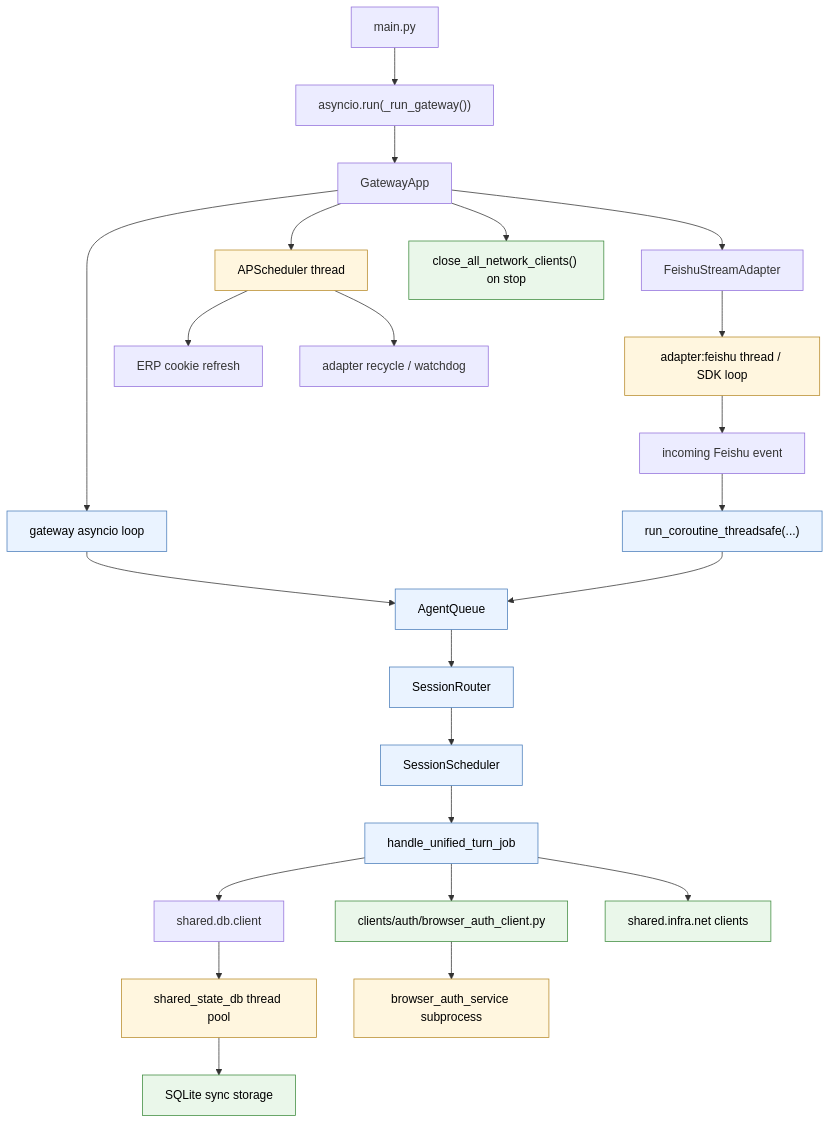
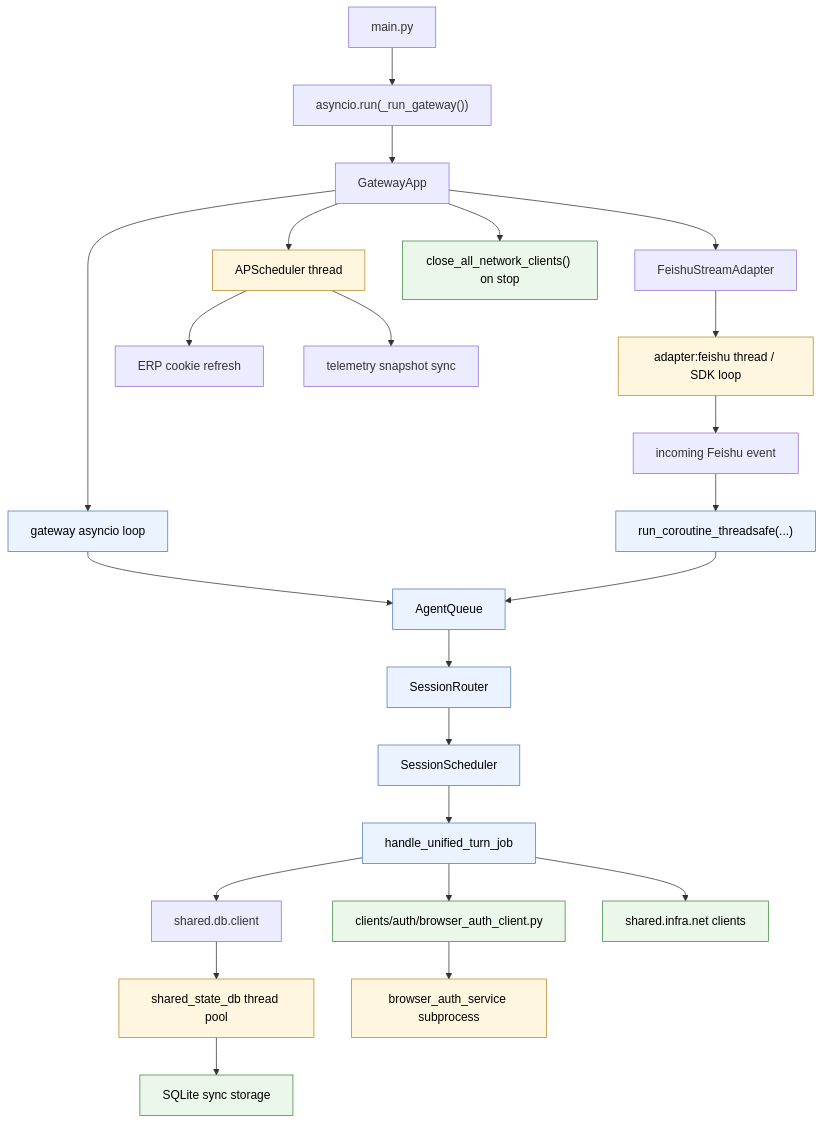
The diagram in docs/eventloop.md (LXE123/LXE_AGENT), drawn with Mermaid before and after one commit. The commit also changed other lines of this file and 4 other files, not shown here.

First line of the commit message:
refactor(gateway): remove adapter recycle watchdog jobs

````diff
--- a/docs/eventloop.md
+++ b/docs/eventloop.md
@@ -16,39 +16,39 @@
 ```mermaid
 flowchart TD
     A["main.py"] --> B["asyncio.run(_run_gateway())"]
     B --> C["GatewayApp"]
     C --> D["gateway asyncio loop"]
 
     D --> E["AgentQueue"]
     E --> F["SessionRouter"]
     F --> G["SessionScheduler"]
     G --> H["handle_unified_turn_job"]
 
     C --> I["FeishuStreamAdapter"]
     I --> J["adapter:feishu thread / SDK loop"]
     J --> K["incoming Feishu event"]
     K --> L["run_coroutine_threadsafe(...)"]
     L --> E
 
     C --> M["APScheduler thread"]
     M --> N["ERP cookie refresh"]
-    M --> O["adapter recycle / watchdog"]
+    M --> O["telemetry snapshot sync"]
 
     H --> P["shared.db.client"]
     P --> Q["shared_state_db thread pool"]
     Q --> R["SQLite sync storage"]
 
     H --> S["clients/auth/browser_auth_client.py"]
     S --> T["browser_auth_service subprocess"]
 
     H --> U["shared.infra.net clients"]
     C --> V["close_all_network_clients() on stop"]
 
     classDef loop fill:#eaf3ff,stroke:#4a7dbb,color:#000;
     classDef thread fill:#fff6df,stroke:#b88a2a,color:#000;
     classDef io fill:#eaf7ea,stroke:#3d8a3d,color:#000;
 
     class D,E,F,G,H,L loop;
     class J,M,Q,T thread;
     class R,S,U,V io;
 ```
````
